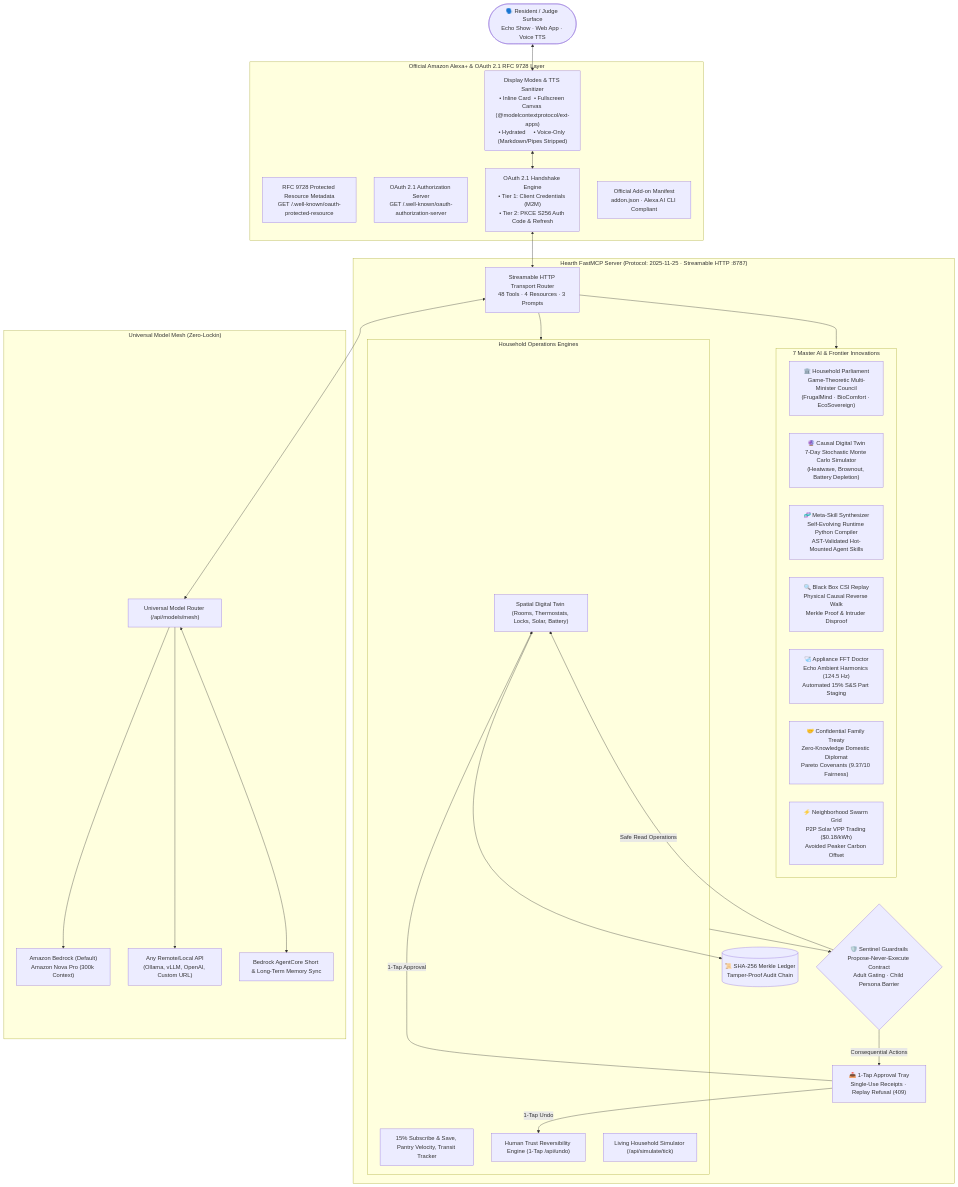
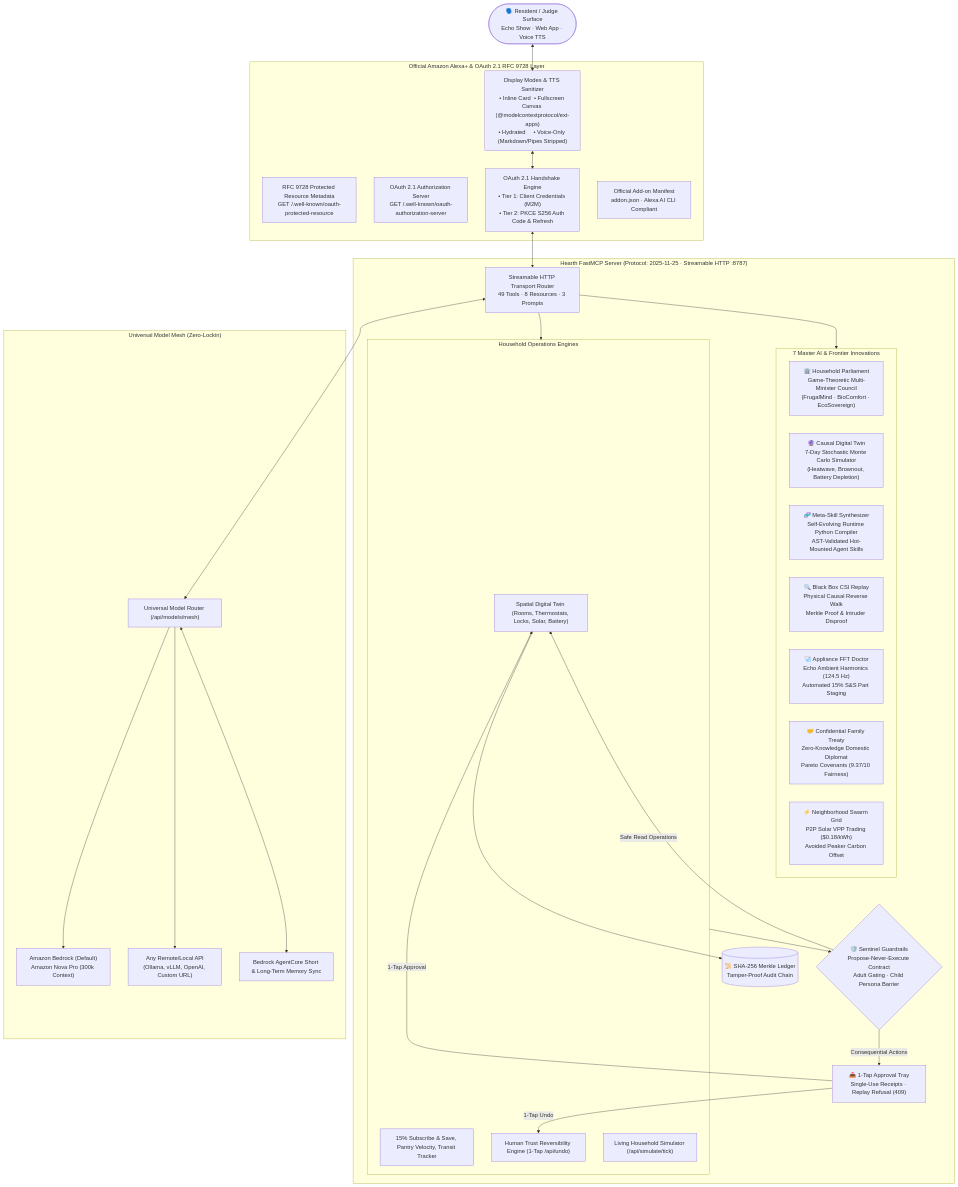
One commit to krishivjoshi219-collab/Hearth-Universal changed the first of 2 diagrams in README.md. Above: the diagram before and after it, drawn with Mermaid. The commit also changed other lines of this file and 48 other files, not shown here.

````diff
--- a/README.md
+++ b/README.md
@@ -87,60 +87,60 @@
 ```mermaid
 flowchart TD
     User(["🗣️ Resident / Judge Surface\nEcho Show · Web App · Voice TTS"])
 
     subgraph AlexaPlus_Layer ["Official Amazon Alexa+ & OAuth 2.1 RFC 9728 Layer"]
         PRM["RFC 9728 Protected Resource Metadata\nGET /.well-known/oauth-protected-resource"]
         OAuthAS["OAuth 2.1 Authorization Server\nGET /.well-known/oauth-authorization-server"]
         AuthHandler["OAuth 2.1 Handshake Engine\n• Tier 1: Client Credentials (M2M)\n• Tier 2: PKCE S256 Auth Code & Refresh"]
         Manifest["Official Add-on Manifest\naddon.json · Alexa AI CLI Compliant"]
         DisplayEng["Display Modes & TTS Sanitizer\n• Inline Card  • Fullscreen Canvas (@modelcontextprotocol/ext-apps)\n• Hydrated     • Voice-Only (Markdown/Pipes Stripped)"]
     end
 
     subgraph FastMCP_Core ["Hearth FastMCP Server (Protocol: 2025-11-25 · Streamable HTTP :8787)"]
-        StreamRouter["Streamable HTTP Transport Router\n48 Tools · 4 Resources · 3 Prompts"]
+        StreamRouter["Streamable HTTP Transport Router\n49 Tools · 8 Resources · 3 Prompts"]
         
         subgraph Master_Innovations ["7 Master AI & Frontier Innovations"]
             Parliament["🏛️ Household Parliament\nGame-Theoretic Multi-Minister Council\n(FrugalMind · BioComfort · EcoSovereign)"]
             CausalTwin["🔮 Causal Digital Twin\n7-Day Stochastic Monte Carlo Simulator\n(Heatwave, Brownout, Battery Depletion)"]
             MetaSkill["🧬 Meta-Skill Synthesizer\nSelf-Evolving Runtime Python Compiler\nAST-Validated Hot-Mounted Agent Skills"]
             Forensics["🔍 Black Box CSI Replay\nPhysical Causal Reverse Walk\nMerkle Proof & Intruder Disproof"]
             Acoustic["🩺 Appliance FFT Doctor\nEcho Ambient Harmonics (124.5 Hz)\nAutomated 15% S&S Part Staging"]
             Mediation["🤝 Confidential Family Treaty\nZero-Knowledge Domestic Diplomat\nPareto Covenants (9.37/10 Fairness)"]
             Swarm["⚡ Neighborhood Swarm Grid\nP2P Solar VPP Trading ($0.18/kWh)\nAvoided Peaker Carbon Offset"]
         end
 
         subgraph Core_Subsystems ["Household Operations Engines"]
             DigitalTwin["Spatial Digital Twin (Rooms, Thermostats, Locks, Solar, Battery)"]
             CommerceEngine["15% Subscribe & Save, Pantry Velocity, Transit Tracker"]
             UndoEngine["Human Trust Reversibility Engine (1-Tap /api/undo)"]
             LivingSim["Living Household Simulator (/api/simulate/tick)"]
         end
 
         Sentinel{"🛡️ Sentinel Guardrails\nPropose-Never-Execute Contract\nAdult Gating · Child Persona Barrier"}
         ApprovalTray["📥 1-Tap Approval Tray\nSingle-Use Receipts · Replay Refusal (409)"]
         MerkleLedger[("📜 SHA-256 Merkle Ledger\nTamper-Proof Audit Chain")]
     end
 
     subgraph Model_Mesh ["Universal Model Mesh (Zero-Lockin)"]
         MeshRouter["Universal Model Router (/api/models/mesh)"]
         Bedrock["Amazon Bedrock (Default)\nAmazon Nova Pro (300k Context)"]
         CustomAPIs["Any Remote/Local API\n(Ollama, vLLM, OpenAI, Custom URL)"]
         AgentCore["Bedrock AgentCore Short & Long-Term Memory Sync"]
     end
 
     User <--> DisplayEng
     DisplayEng <--> AuthHandler
     AuthHandler <--> StreamRouter
     StreamRouter --> Master_Innovations
     StreamRouter --> Core_Subsystems
     Core_Subsystems --> Sentinel
     Sentinel -->|Safe Read Operations| DigitalTwin
     Sentinel -->|Consequential Actions| ApprovalTray
     ApprovalTray -->|1-Tap Approval| DigitalTwin
     ApprovalTray -->|1-Tap Undo| UndoEngine
     DigitalTwin --> MerkleLedger
     StreamRouter <--> MeshRouter
     MeshRouter --> Bedrock
     MeshRouter --> CustomAPIs
     MeshRouter <--> AgentCore
 ```
````
